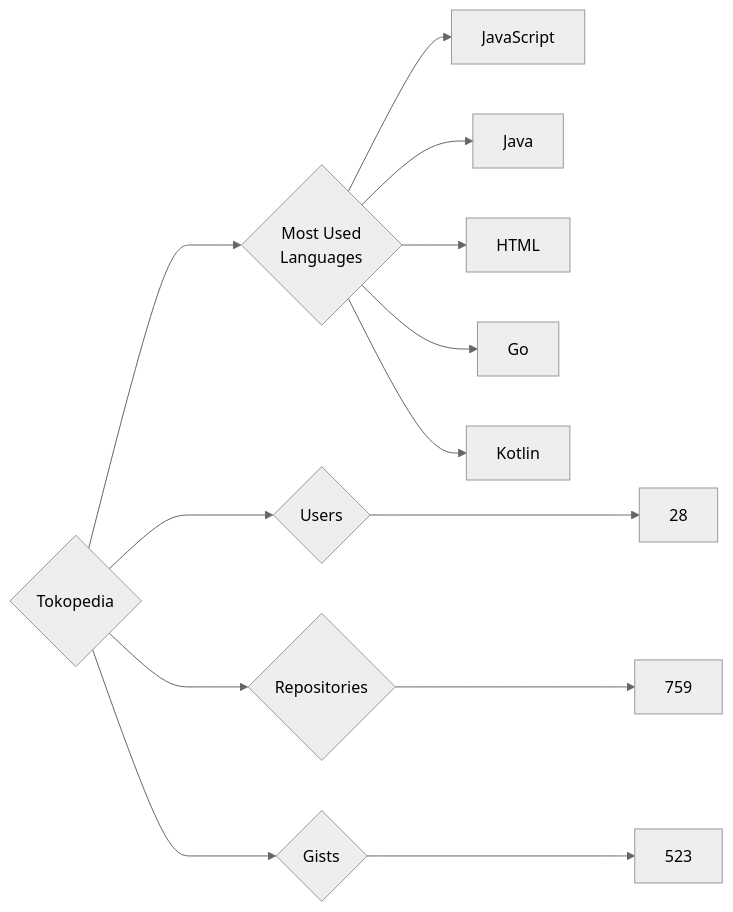
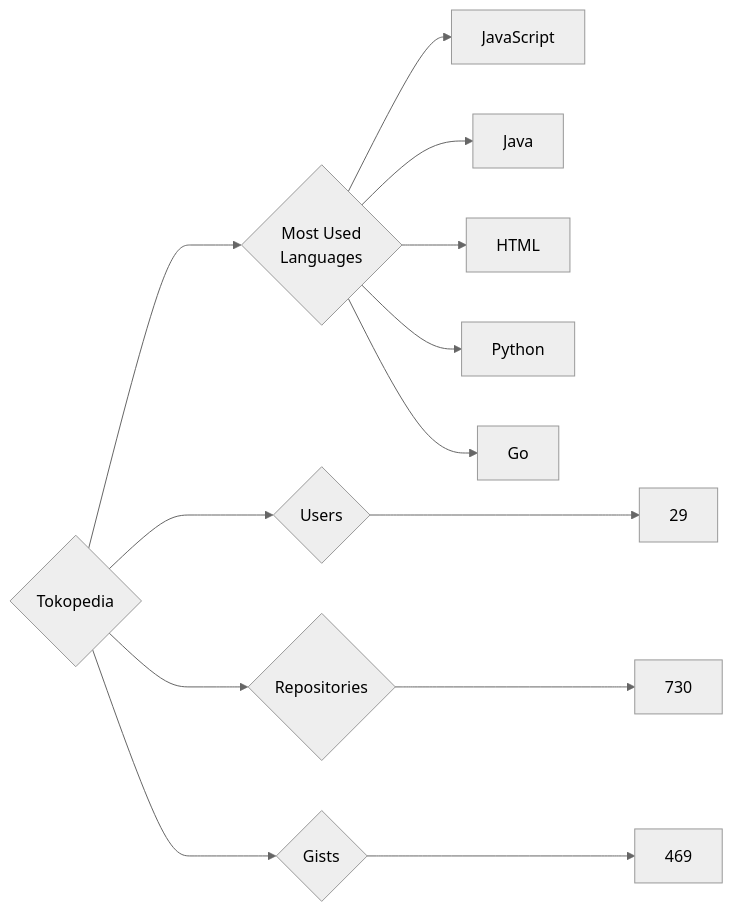
One commit to trickest/insiders changed the diagram in targets/Tokopedia/README.md. Above: the diagram before and after it, drawn with Mermaid (neutral theme). The commit also changed 912 other files, not shown here.

````diff
--- a/targets/Tokopedia/README.md
+++ b/targets/Tokopedia/README.md
@@ -3,13 +3,13 @@
 ```mermaid
 graph LR
 COMPANY_NAME{Tokopedia}
-COMPANY_NAME ---> U{Users} ---> UN[28]
-COMPANY_NAME ---> R{Repositories} ---> RN[759]
-COMPANY_NAME ---> G{Gists} ---> GN[523]
+COMPANY_NAME ---> U{Users} ---> UN[29]
+COMPANY_NAME ---> R{Repositories} ---> RN[730]
+COMPANY_NAME ---> G{Gists} ---> GN[469]
 COMPANY_NAME ---> ML{Most Used<br>Languages}
 ML --> JavaScript[JavaScript]
 ML --> Java[Java]
 ML --> HTML[HTML]
+ML --> Python[Python]
 ML --> Go[Go]
-ML --> Kotlin[Kotlin]
 ```
````
